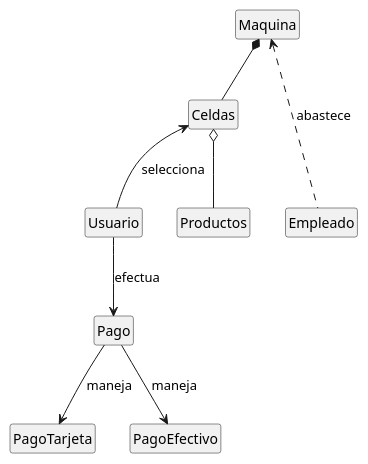
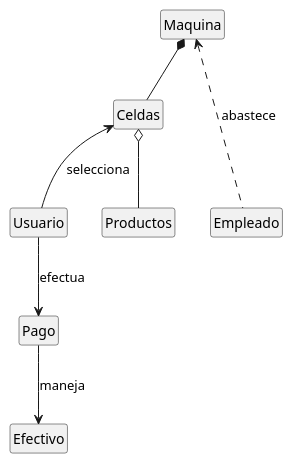
One commit to mmasias/24-25-IdSw2-SDD changed the diagram in documentos/modeloDeDominio/diagramaDeClases/diagramaDeClasesRelaciones.puml. Above: the diagram before and after it, drawn with PlantUML.

```diff
--- a/documentos/modeloDeDominio/diagramaDeClases/diagramaDeClasesRelaciones.puml
+++ b/documentos/modeloDeDominio/diagramaDeClases/diagramaDeClasesRelaciones.puml
@@ -1,22 +1,20 @@
 @startuml diagramaDeClases
 hide empty members
 hide circles
 
 class Maquina
 class Pago
-class PagoTarjeta
-class PagoEfectivo
+class Efectivo
 class Usuario
 class Productos
 class Celdas
 class Empleado
 
 Maquina *-- Celdas
 Celdas o-- Productos
 Usuario -U-> Celdas : selecciona 
 Usuario --> Pago : efectua 
 Empleado .U..> Maquina : abastece
-Pago --> PagoEfectivo : maneja
-Pago --> PagoTarjeta : maneja
+Pago --> Efectivo : maneja
 
 @enduml
```
